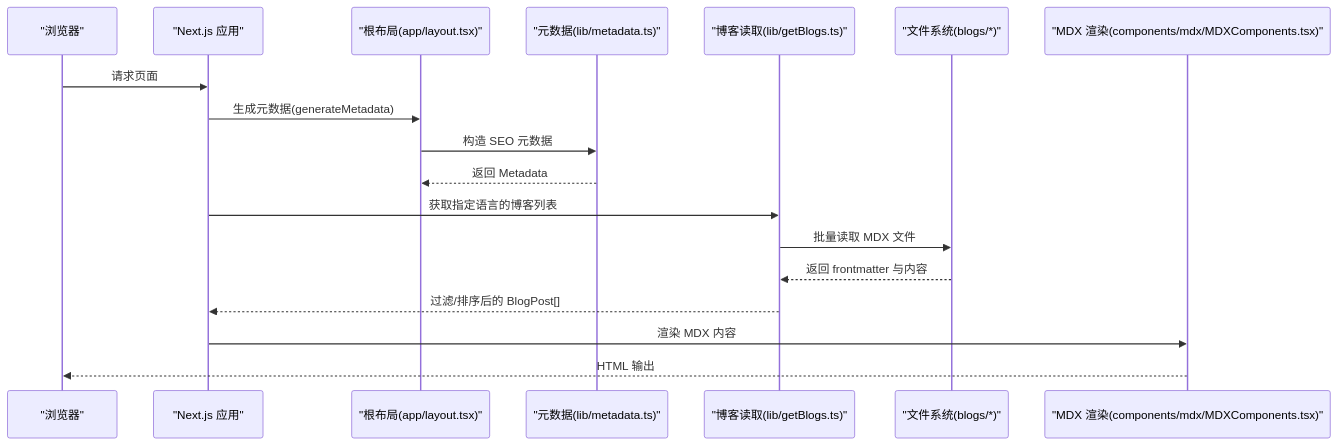
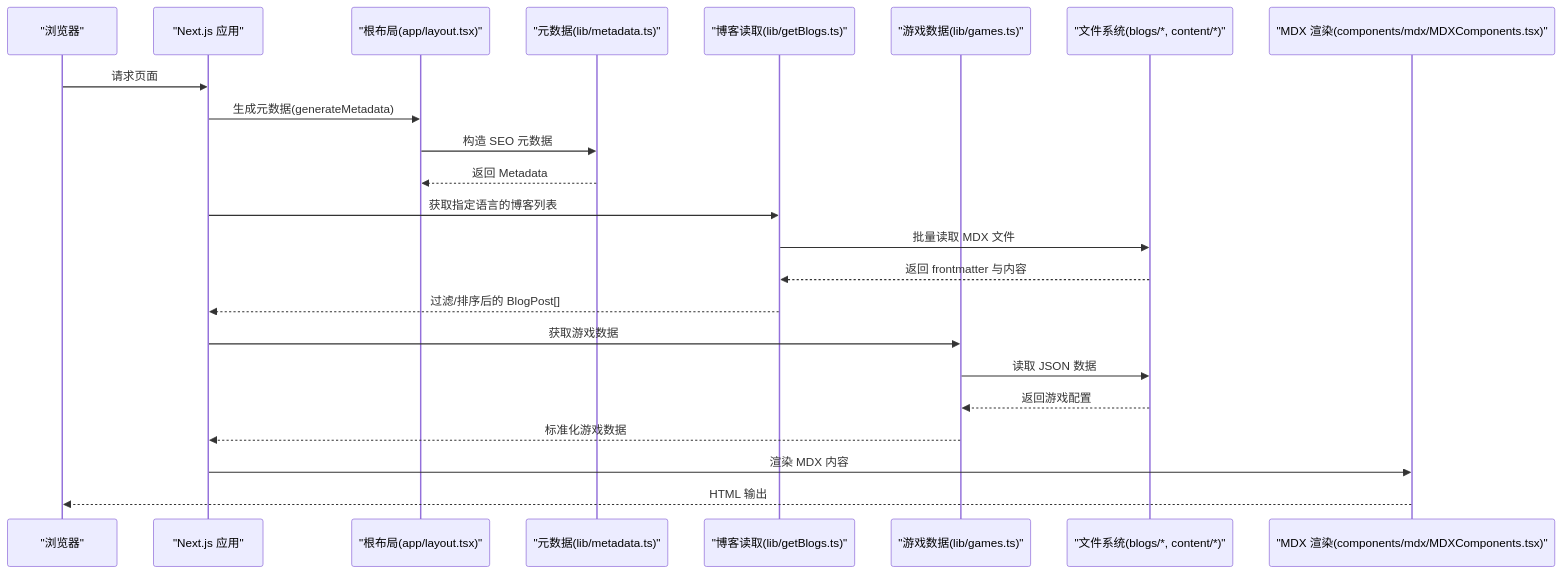
The second of 4 diagrams in .qoder/repowiki/zh/content/内容管理系统/内容管理系统.md (billychou/linkedin-answer), drawn with Mermaid before and after one commit. The commit also changed other lines of this file and 4 other files, not shown here.

````diff
--- a/.qoder/repowiki/zh/content/内容管理系统/内容管理系统.md
+++ b/.qoder/repowiki/zh/content/内容管理系统/内容管理系统.md
@@ -116,20 +141,25 @@
 ```mermaid
 sequenceDiagram
 participant Browser as "浏览器"
 participant App as "Next.js 应用"
 participant Layout as "根布局(app/layout.tsx)"
 participant Meta as "元数据(lib/metadata.ts)"
 participant Blogs as "博客读取(lib/getBlogs.ts)"
-participant FS as "文件系统(blogs/*)"
+participant Games as "游戏数据(lib/games.ts)"
+participant FS as "文件系统(blogs/*, content/*)"
 participant MDX as "MDX 渲染(components/mdx/MDXComponents.tsx)"
 Browser->>App : 请求页面
 App->>Layout : 生成元数据(generateMetadata)
 Layout->>Meta : 构造 SEO 元数据
 Meta-->>Layout : 返回 Metadata
 App->>Blogs : 获取指定语言的博客列表
 Blogs->>FS : 批量读取 MDX 文件
 FS-->>Blogs : 返回 frontmatter 与内容
 Blogs-->>App : 过滤/排序后的 BlogPost[]
+App->>Games : 获取游戏数据
+Games->>FS : 读取 JSON 数据
+FS-->>Games : 返回游戏配置
+Games-->>App : 标准化游戏数据
 App->>MDX : 渲染 MDX 内容
 MDX-->>Browser : HTML 输出
 ```
````
